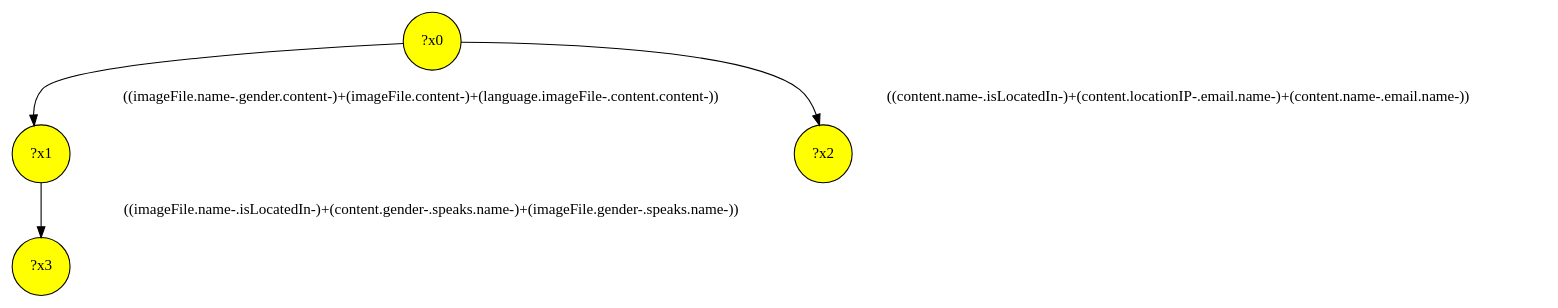
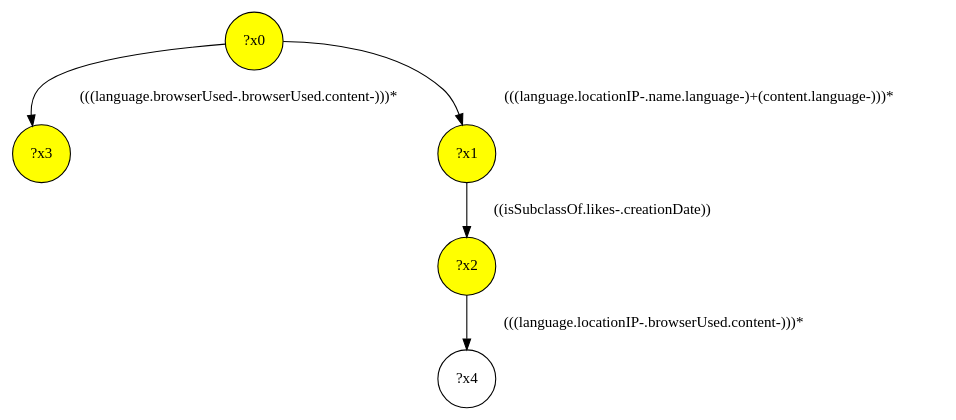
One commit to gbagan/gmark changed the diagram in demo/social-a/social-a-interface/query-41.dot. Above: the diagram before and after it, drawn with Graphviz. The commit also changed 1418 other files, not shown here.

```diff
--- a/demo/social-a/social-a-interface/query-41.dot
+++ b/demo/social-a/social-a-interface/query-41.dot
@@ -1,9 +1,11 @@
 digraph g {
-	x1 [fillcolor="yellow", style="filled," shape=circle, label="?x1"];
-	x0 [fillcolor="yellow", style="filled," shape=circle, label="?x0"];
 	x2 [fillcolor="yellow", style="filled," shape=circle, label="?x2"];
 	x3 [fillcolor="yellow", style="filled," shape=circle, label="?x3"];
-	x0 -> x1 [label="((imageFile.name-.gender.content-)+(imageFile.content-)+(language.imageFile-.content.content-))"];
-	x0 -> x2 [label="((content.name-.isLocatedIn-)+(content.locationIP-.email.name-)+(content.name-.email.name-))"];
-	x1 -> x3 [label="((imageFile.name-.isLocatedIn-)+(content.gender-.speaks.name-)+(imageFile.gender-.speaks.name-))"];
+	x0 [fillcolor="yellow", style="filled," shape=circle, label="?x0"];
+	x1 [fillcolor="yellow", style="filled," shape=circle, label="?x1"];
+	x0 -> x1 [label="(((language.locationIP-.name.language-)+(content.language-)))*"];
+	x1 -> x2 [label="((isSubclassOf.likes-.creationDate))"];
+	x0 -> x3 [label="(((language.browserUsed-.browserUsed.content-)))*"];
+	x4 [shape=circle, label="?x4"];
+	x2 -> x4 [label="(((language.locationIP-.browserUsed.content-)))*"];
 }
```
